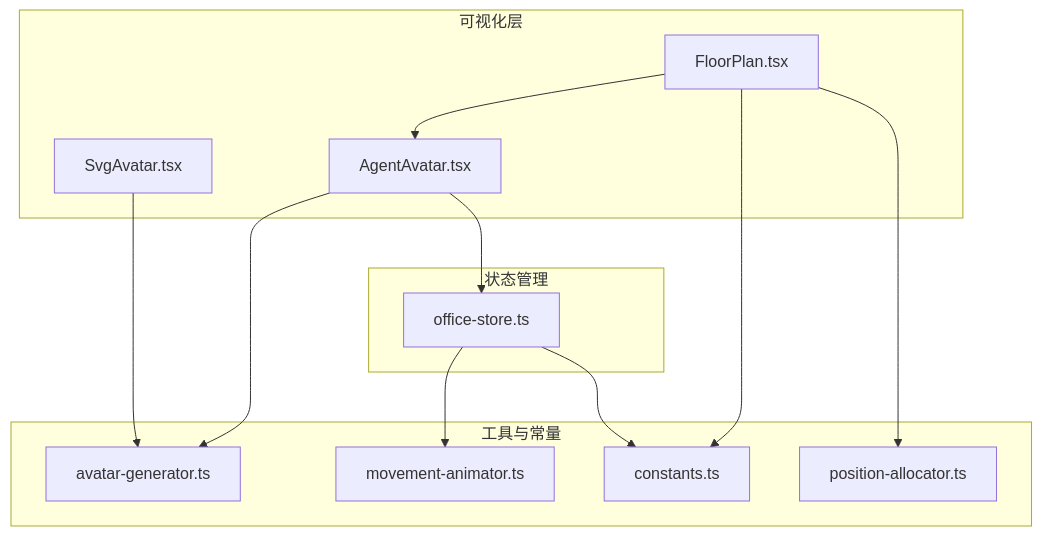
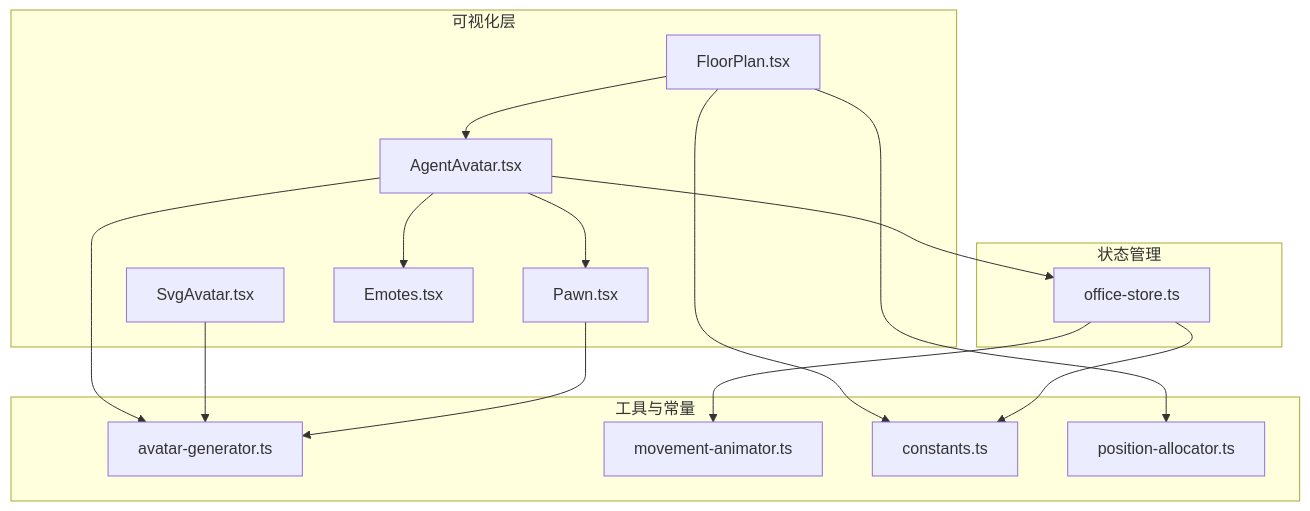
One commit to WW-AI-Lab/openclaw-office changed the first of 7 diagrams in .qoder/repowiki/zh/content/虚拟办公室系统/智能体可视化系统.md. Above: the diagram before and after it, drawn with Mermaid. The commit also changed other lines of this file and 15 other files, not shown here.

````diff
--- a/.qoder/repowiki/zh/content/虚拟办公室系统/智能体可视化系统.md
+++ b/.qoder/repowiki/zh/content/虚拟办公室系统/智能体可视化系统.md
@@ -38,25 +51,30 @@
 ```mermaid
 graph TB
 subgraph "可视化层"
 FP["FloorPlan.tsx"]
 AA["AgentAvatar.tsx"]
 SA["SvgAvatar.tsx"]
+PN["Pawn.tsx"]
+EM["Emotes.tsx"]
 end
 subgraph "工具与常量"
 AG["avatar-generator.ts"]
 MA["movement-animator.ts"]
 PC["constants.ts"]
 PA["position-allocator.ts"]
 end
 subgraph "状态管理"
 OS["office-store.ts"]
 end
 FP --> AA
+AA --> PN
+AA --> EM
 AA --> AG
 SA --> AG
 FP --> PC
 FP --> PA
 AA --> OS
 OS --> MA
 OS --> PC
+PN --> AG
 ```
````
